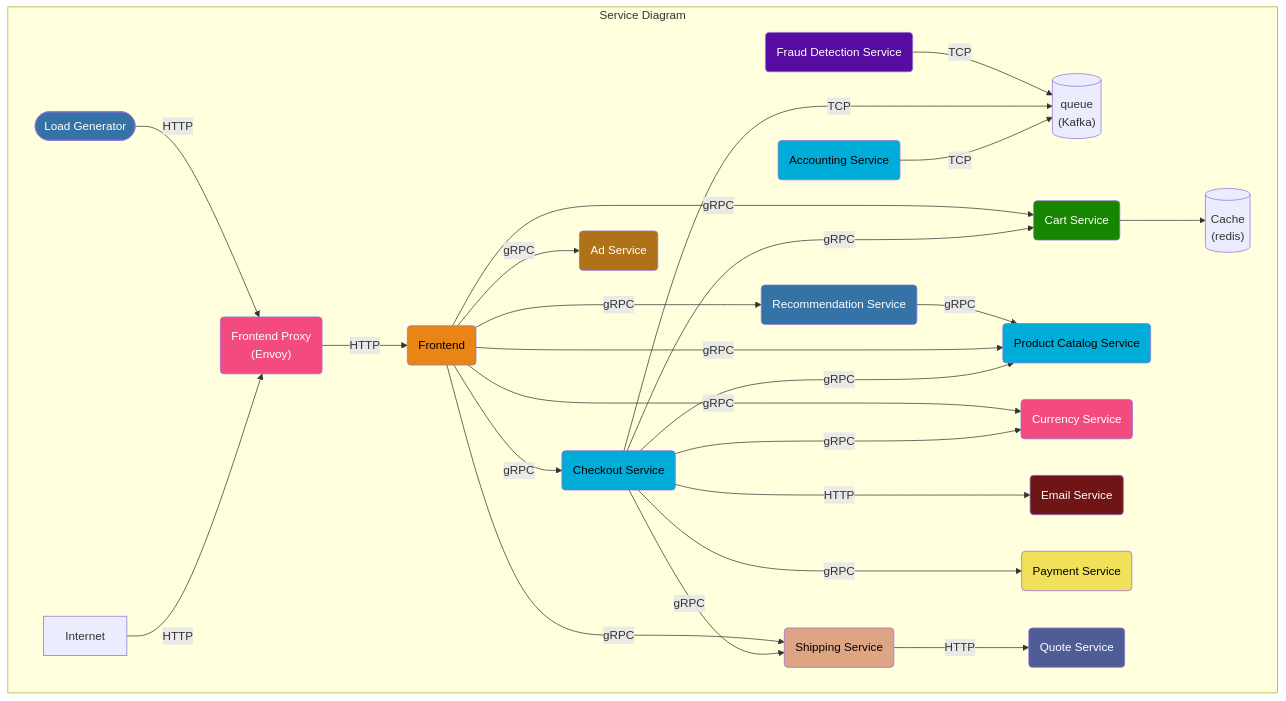
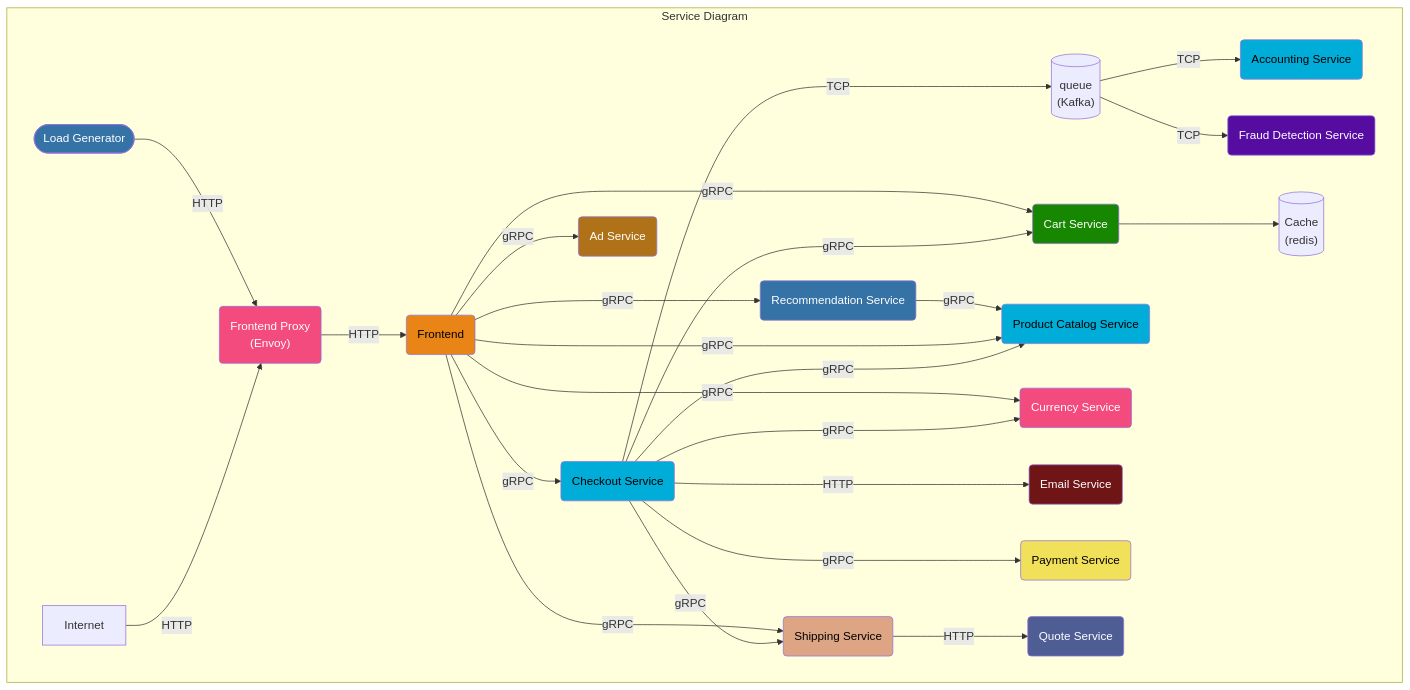
The first of 3 diagrams in content/en/docs/demo/architecture.md (open-telemetry/opentelemetry.io), drawn with Mermaid before and after one commit.

Commit message:
Update architecture.md
AccountingService and FraudDetectionService are consumers from Kafka.
The arrow should be in the other direction.

````diff
--- a/content/en/docs/demo/architecture.md
+++ b/content/en/docs/demo/architecture.md
@@ -12,60 +12,59 @@
 ```mermaid
 graph TD
 subgraph Service Diagram
 accountingservice(Accounting Service):::golang
 adservice(Ad Service):::java
 cache[(Cache<br/>&#40redis&#41)]
 cartservice(Cart Service):::dotnet
 checkoutservice(Checkout Service):::golang
 currencyservice(Currency Service):::cpp
 emailservice(Email Service):::ruby
 frauddetectionservice(Fraud Detection Service):::kotlin
 frontend(Frontend):::typescript
 frontendproxy(Frontend Proxy <br/>&#40Envoy&#41):::cpp
 loadgenerator([Load Generator]):::python
 paymentservice(Payment Service):::javascript
 productcatalogservice(Product Catalog Service):::golang
 quoteservice(Quote Service):::php
 recommendationservice(Recommendation Service):::python
 shippingservice(Shipping Service):::rust
 queue[(queue<br/>&#40Kafka&#41)]
 
 Internet -->|HTTP| frontendproxy
 frontendproxy -->|HTTP| frontend
 loadgenerator -->|HTTP| frontendproxy
 
-accountingservice -->|TCP| queue
+queue -->|TCP| accountingservice
+queue -->|TCP| frauddetectionservice
 
 checkoutservice --->|gRPC| cartservice --> cache
 checkoutservice --->|gRPC| productcatalogservice
 checkoutservice --->|gRPC| currencyservice
 checkoutservice --->|HTTP| emailservice
 checkoutservice --->|gRPC| paymentservice
 checkoutservice -->|gRPC| shippingservice
 checkoutservice --->|TCP| queue
 
 frontend -->|gRPC| adservice
 frontend -->|gRPC| cartservice
 frontend -->|gRPC| productcatalogservice
 frontend -->|gRPC| checkoutservice
 frontend -->|gRPC| currencyservice
 frontend -->|gRPC| recommendationservice -->|gRPC| productcatalogservice
 frontend -->|gRPC| shippingservice -->|HTTP| quoteservice
 
-frauddetectionservice -->|TCP| queue
-
 end
 
 classDef dotnet fill:#178600,color:white;
 classDef cpp fill:#f34b7d,color:white;
 classDef erlang fill:#b83998,color:white;
 classDef golang fill:#00add8,color:black;
 classDef java fill:#b07219,color:white;
 classDef javascript fill:#f1e05a,color:black;
 classDef kotlin fill:#560ba1,color:white;
 classDef php fill:#4f5d95,color:white;
 classDef python fill:#3572A5,color:white;
 classDef ruby fill:#701516,color:white;
 classDef rust fill:#dea584,color:black;
 classDef typescript fill:#e98516,color:black;
 ```
````
